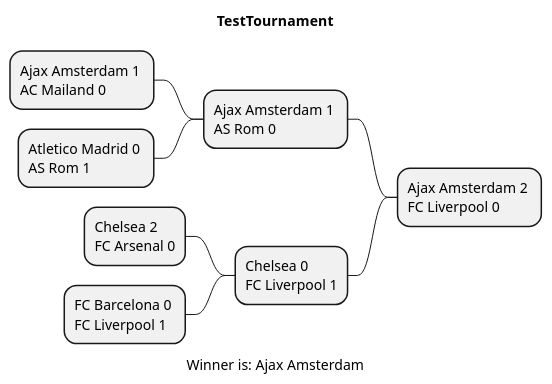
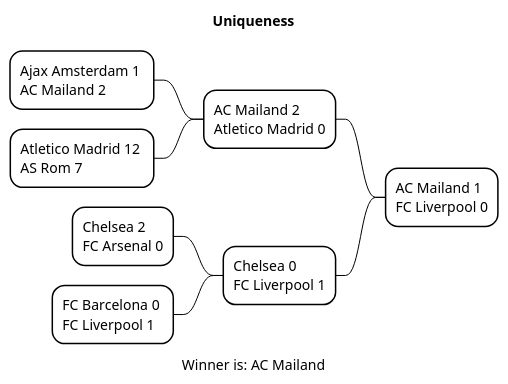
Before and after one commit to htl-leonding-project/2022-4ahif-autohaus: the diagram in asciidocs/plantuml/Result.puml, drawn with PlantUML. The commit also changed 14 other files, not shown here.

```diff
--- a/asciidocs/plantuml/Result.puml
+++ b/asciidocs/plantuml/Result.puml
@@ -1,18 +1,27 @@
-@startmindmap TestTournament.png
-title TestTournament
+@startmindmap Uniqueness.png
+    <style>
+    mindmapDiagram{
+        node{
+            BackgroundColor White
 
-- Ajax Amsterdam 2 \nFC Liverpool 0
+        }
+        LineColor Black
+    }
+    </style>
+title Uniqueness
 
--- Ajax Amsterdam 1 \nAS Rom 0
+- AC Mailand 1 \nFC Liverpool 0
 
---- Ajax Amsterdam 1 \nAC Mailand 0
+-- AC Mailand 2 \nAtletico Madrid 0
 
---- Atletico Madrid 0 \nAS Rom 1
+--- Ajax Amsterdam 1 \nAC Mailand 2
+
+--- Atletico Madrid 12 \nAS Rom 7
 
 -- Chelsea 0 \nFC Liverpool 1
 
 --- Chelsea 2 \nFC Arsenal 0
 
 --- FC Barcelona 0 \nFC Liverpool 1
-caption Winner is: Ajax Amsterdam
+caption Winner is: AC Mailand
 @endmindmap
```
